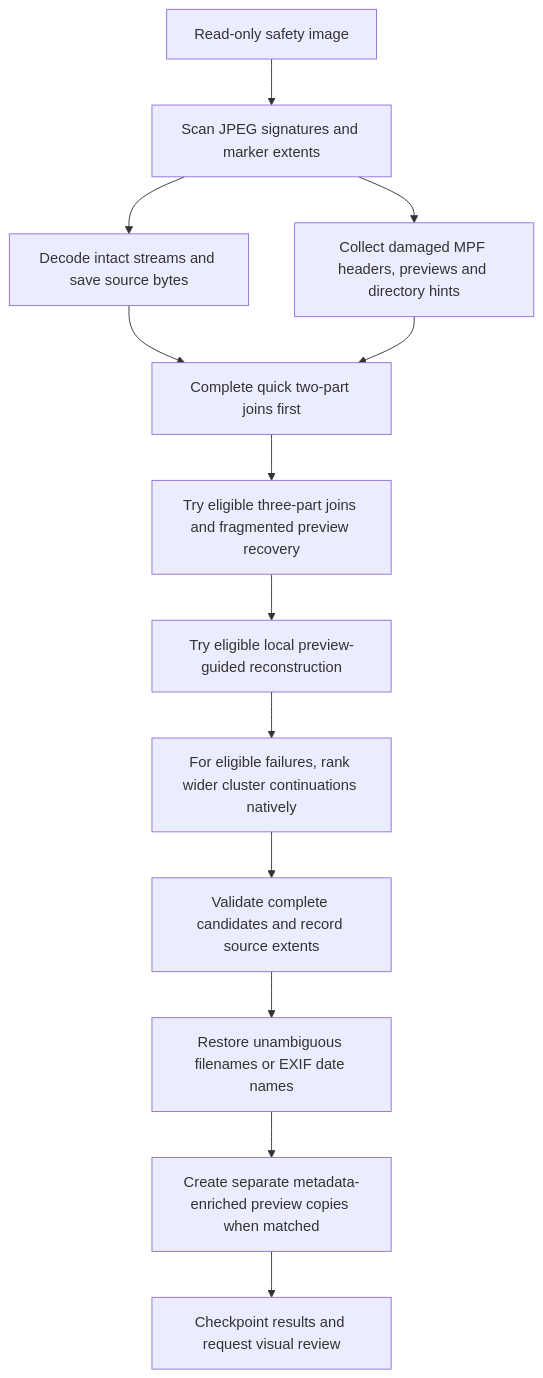
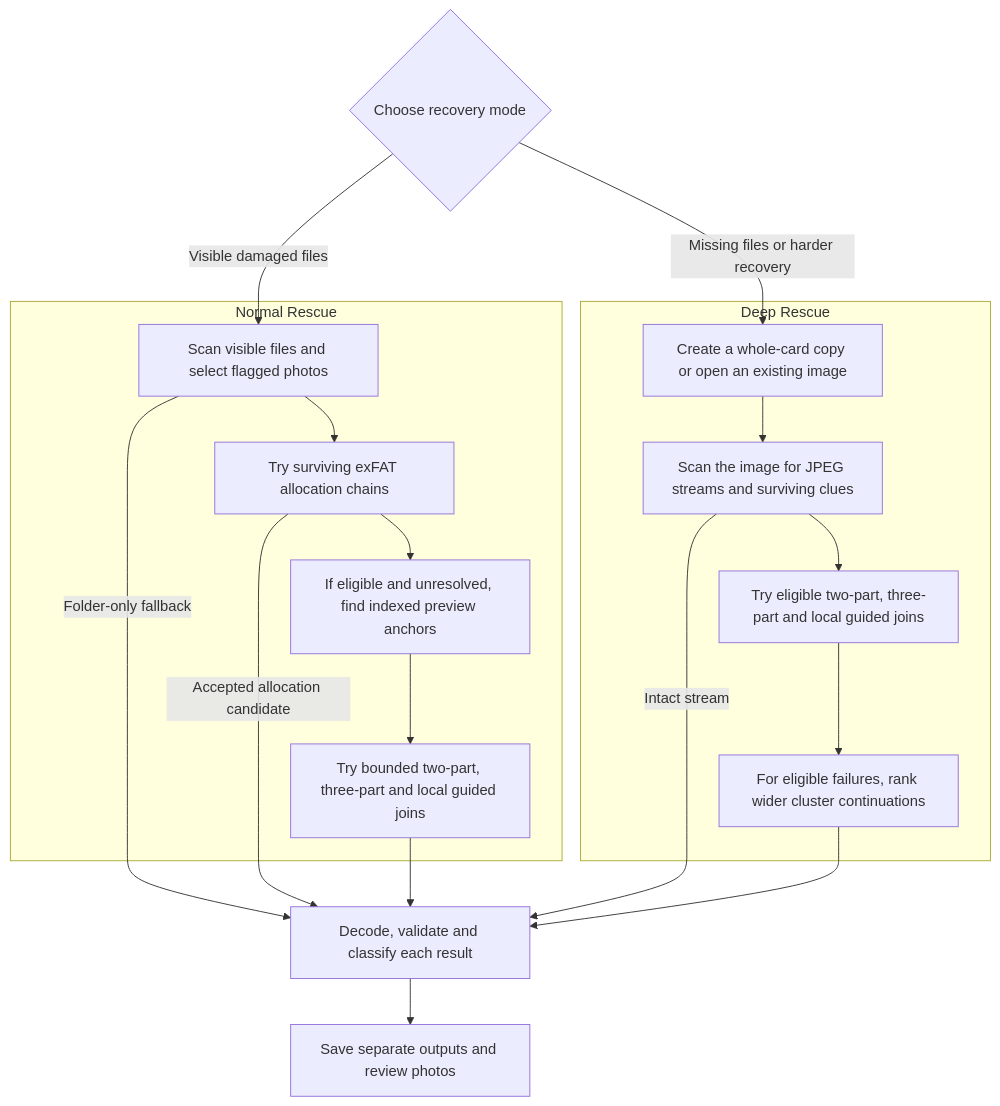
The diagram in docs/RECOVERY_FLOW.md (ctwxdd/CardMe), drawn with Mermaid before and after one commit. The commit also changed other lines of this file and 1 other file, not shown here.

Commit message:
Consolidate recovery diagrams into one mode comparison

````diff
--- a/docs/RECOVERY_FLOW.md
+++ b/docs/RECOVERY_FLOW.md
@@ -97,15 +30,27 @@
 ```mermaid
 flowchart TD
-    I[Read-only safety image] --> C[Scan JPEG signatures and marker extents]
-    C --> S[Decode intact streams and save source bytes]
-    C --> H[Collect damaged MPF headers, previews and directory hints]
-    S --> P[Complete quick two-part joins first]
-    H --> P
-    P --> T[Try eligible three-part joins and fragmented preview recovery]
-    T --> L[Try eligible local preview-guided reconstruction]
-    L --> W[For eligible failures, rank wider cluster continuations natively]
-    W --> V[Validate complete candidates and record source extents]
-    V --> N[Restore unambiguous filenames or EXIF date names]
-    N --> M[Create separate metadata-enriched preview copies when matched]
-    M --> R[Checkpoint results and request visual review]
+    A{Choose recovery mode}
+    subgraph Normal[Normal Rescue]
+        N1[Scan visible files and select flagged photos]
+        N2[Try surviving exFAT allocation chains]
+        N3[If eligible and unresolved, find indexed preview anchors]
+        N4[Try bounded two-part, three-part and local guided joins]
+        N1 --> N2 --> N3 --> N4
+    end
+    subgraph Deep[Deep Rescue]
+        D1[Create a whole-card copy or open an existing image]
+        D2[Scan the image for JPEG streams and surviving clues]
+        D3[Try eligible two-part, three-part and local guided joins]
+        D4[For eligible failures, rank wider cluster continuations]
+        D1 --> D2 --> D3 --> D4
+    end
+    A -->|Visible damaged files| N1
+    A -->|Missing files or harder recovery| D1
+    N1 -->|Folder-only fallback| V
+    N2 -->|Accepted allocation candidate| V
+    N4 --> V
+    D2 -->|Intact stream| V
+    D4 --> V
+    V[Decode, validate and classify each result]
+    V --> O[Save separate outputs and review photos]
 ```
````
